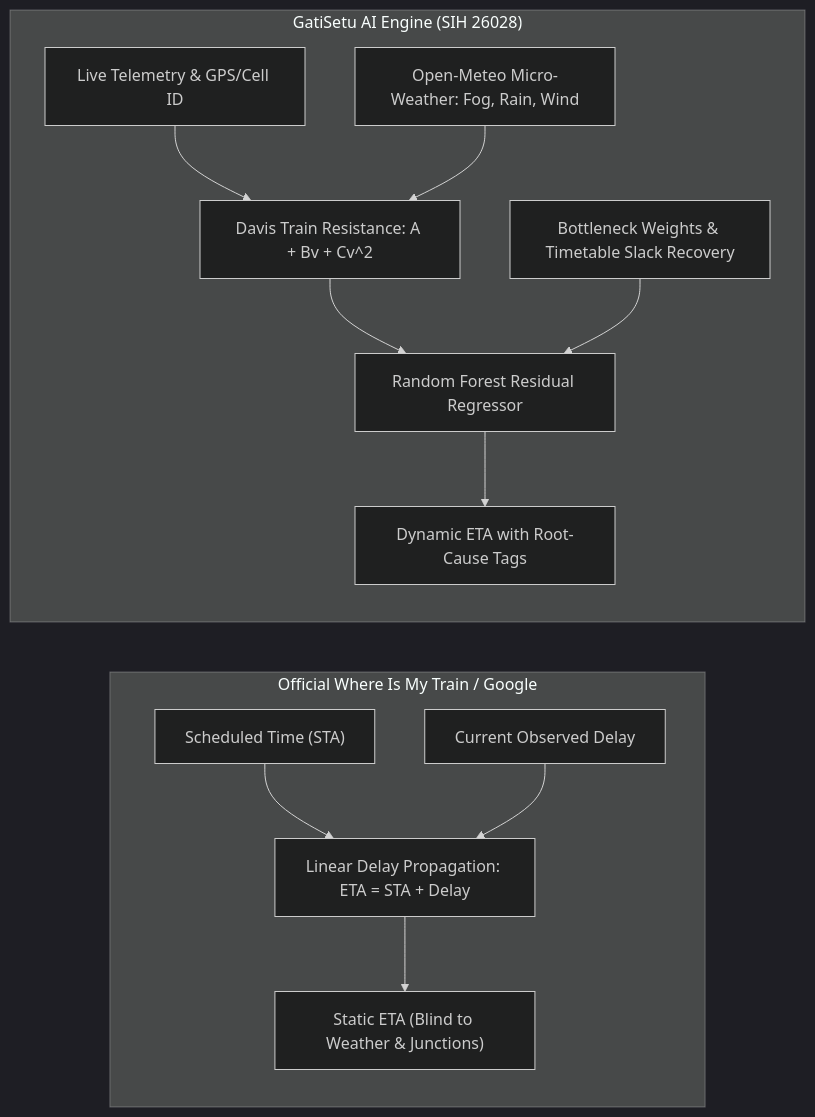
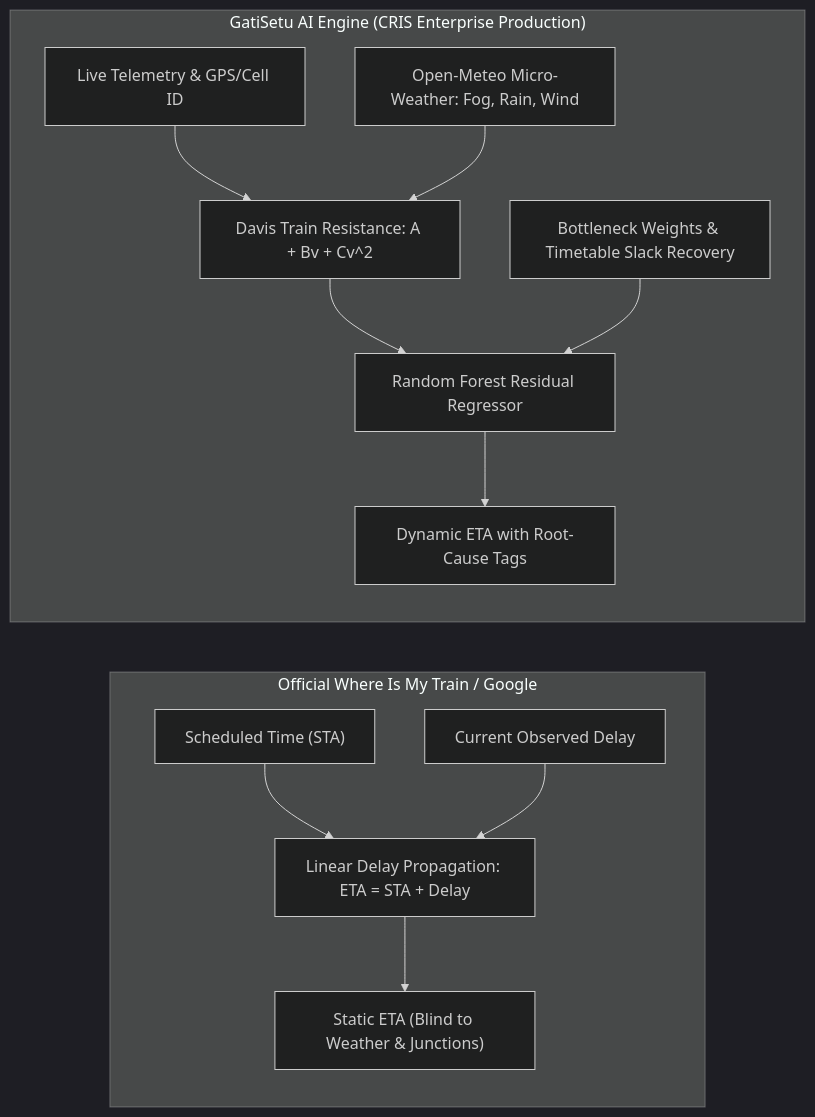
Before and after one commit to tejuas98/Gati-setu-2.-: the third of 3 diagrams in README.md, drawn with Mermaid (dark theme). The commit also changed other lines of this file and 7 other files, not shown here.

````diff
--- a/README.md
+++ b/README.md
@@ -321,25 +321,25 @@
 ```mermaid
 flowchart LR
     subgraph StaticWIMT ["Official Where Is My Train / Google"]
         STA["Scheduled Time (STA)"]
         Delay["Current Observed Delay"]
         Formula["Linear Delay Propagation: ETA = STA + Delay"]
         STA --> Formula
         Delay --> Formula
         Formula --> BadETA["Static ETA (Blind to Weather & Junctions)"]
     end
 
-    subgraph GatiSetu ["GatiSetu AI Engine (SIH 26028)"]
+    subgraph GatiSetu ["GatiSetu AI Engine (CRIS Enterprise Production)"]
         Sensors["Live Telemetry & GPS/Cell ID"]
         Weather["Open-Meteo Micro-Weather: Fog, Rain, Wind"]
         Physics["Davis Train Resistance: A + Bv + Cv^2"]
         Junction["Bottleneck Weights & Timetable Slack Recovery"]
         ML["Random Forest Residual Regressor"]
         
         Sensors --> Physics
         Weather --> Physics
         Physics --> ML
         Junction --> ML
         ML --> AccurateETA["Dynamic ETA with Root-Cause Tags"]
     end
 ```
````
